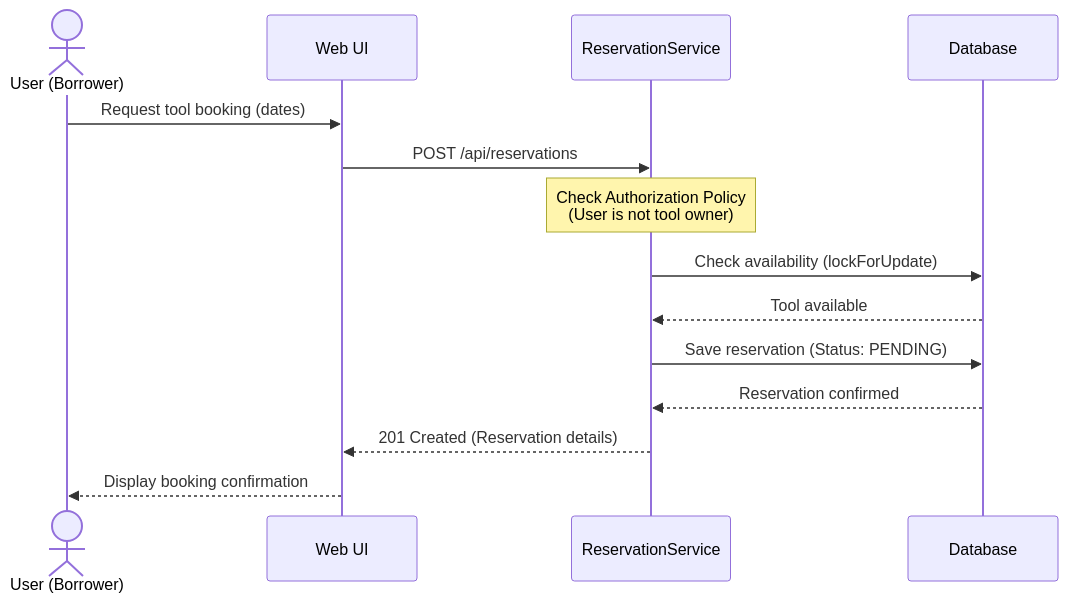
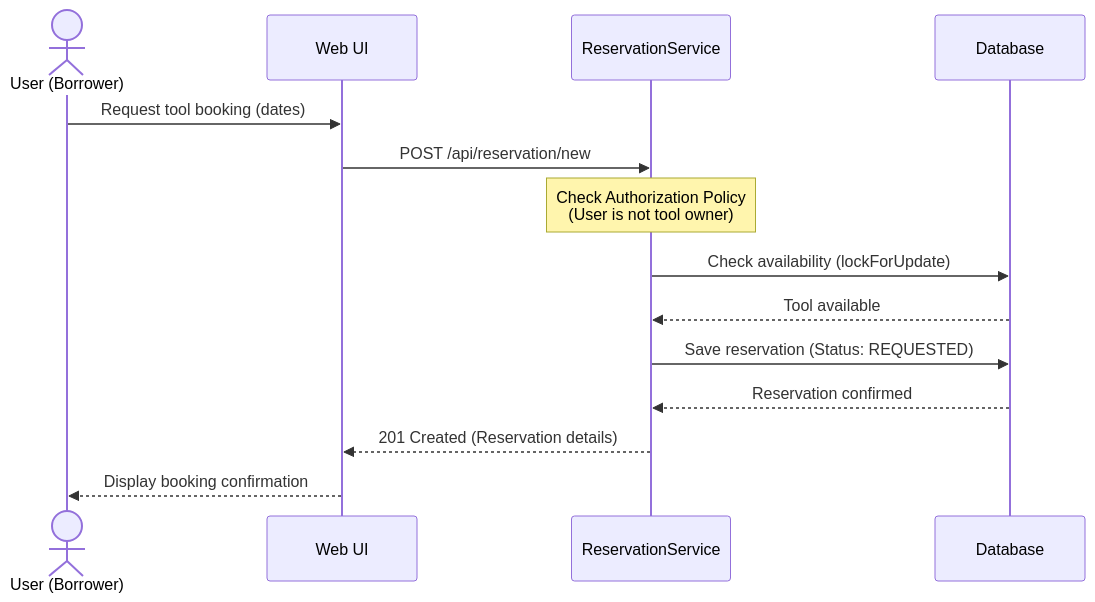
Before and after one commit to friera92/cen5064-project-flores: the fourth of 4 diagrams in README.md, drawn with Mermaid. The commit also changed other lines of this file and 8 other files, not shown here.

````diff
--- a/README.md
+++ b/README.md
@@ -265,21 +358,21 @@
 ```mermaid
 sequenceDiagram
     actor U as User (Borrower)
     participant UI as Web UI
     participant S as ReservationService
     participant D as Database
 
     U->>UI: Request tool booking (dates)
-    UI->>S: POST /api/reservations
+    UI->>S: POST /api/reservation/new
 
     Note over S: Check Authorization Policy<br/>(User is not tool owner)
 
     S->>D: Check availability (lockForUpdate)
     D-->>S: Tool available
 
-    S->>D: Save reservation (Status: PENDING)
+    S->>D: Save reservation (Status: REQUESTED)
     D-->>S: Reservation confirmed
 
     S-->>UI: 201 Created (Reservation details)
     UI-->>U: Display booking confirmation
 ```
````
